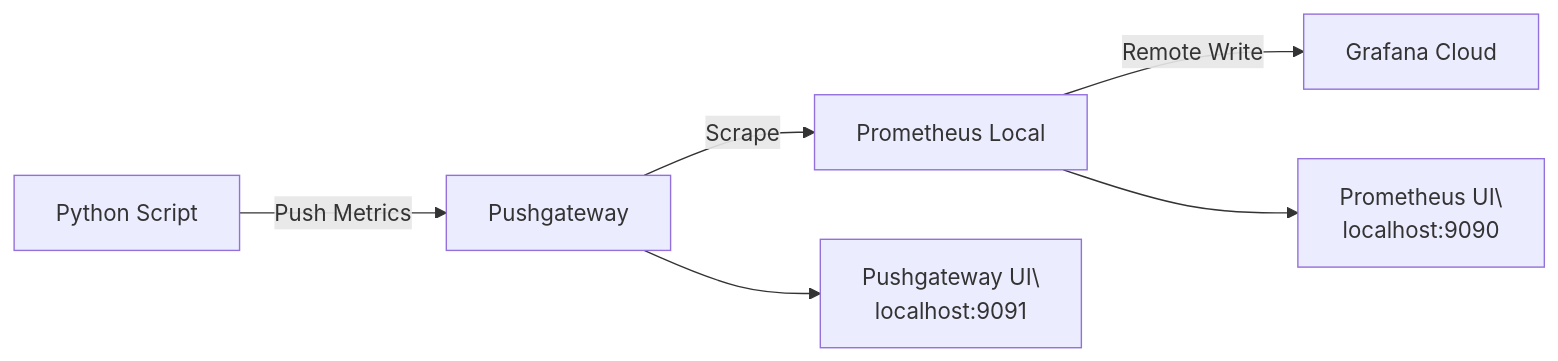
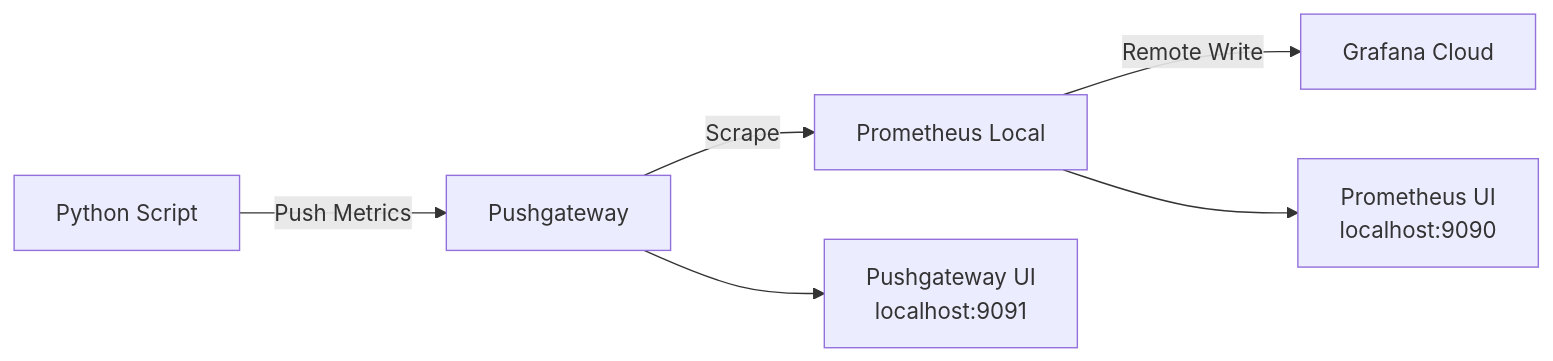
One commit to jveraduran/monitoreo-observabilidad changed the diagram in README.md. Above: the diagram before and after it, drawn with Mermaid.

Commit message:
feat: add readme file

````diff
--- a/README.md
+++ b/README.md
@@ -168,8 +168,8 @@
 ```mermaid
 graph LR
     A[Python Script] -- Push Metrics --> B[Pushgateway]
     B -- Scrape --> C[Prometheus Local]
     C -- Remote Write --> D[Grafana Cloud]
-    C --> E[Prometheus UI\\nlocalhost:9090]
-    B --> F[Pushgateway UI\\nlocalhost:9091]
+    C --> E[Prometheus UI<br>localhost:9090]
+    B --> F[Pushgateway UI<br>localhost:9091]
 ```
````
